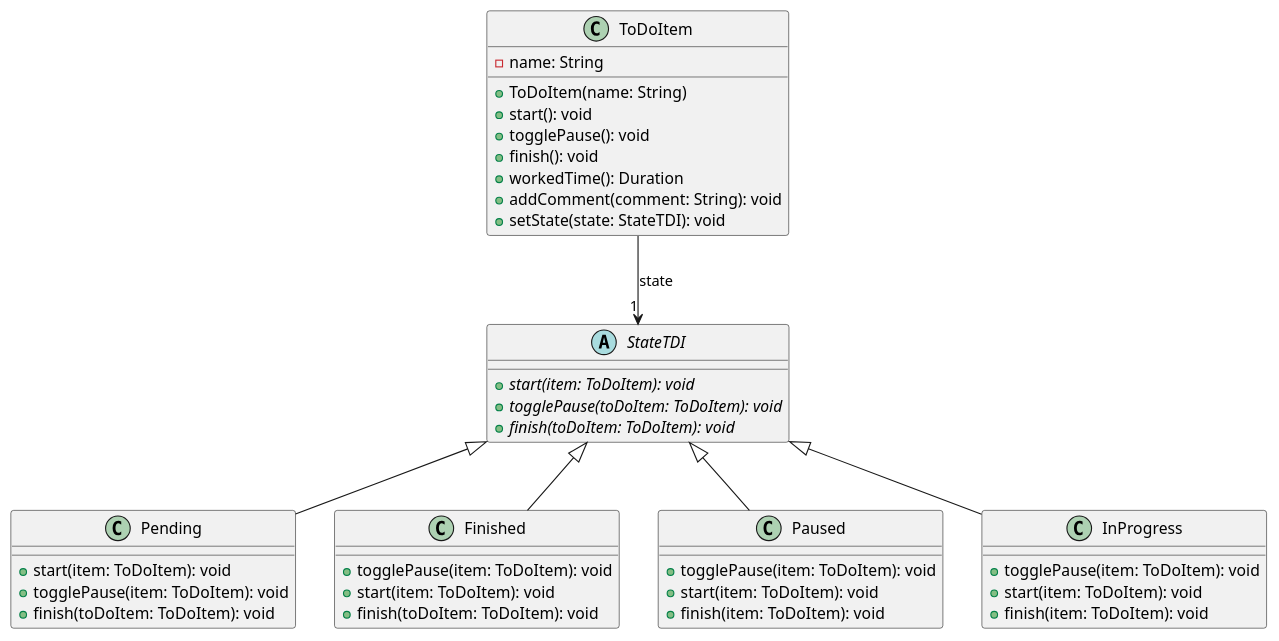
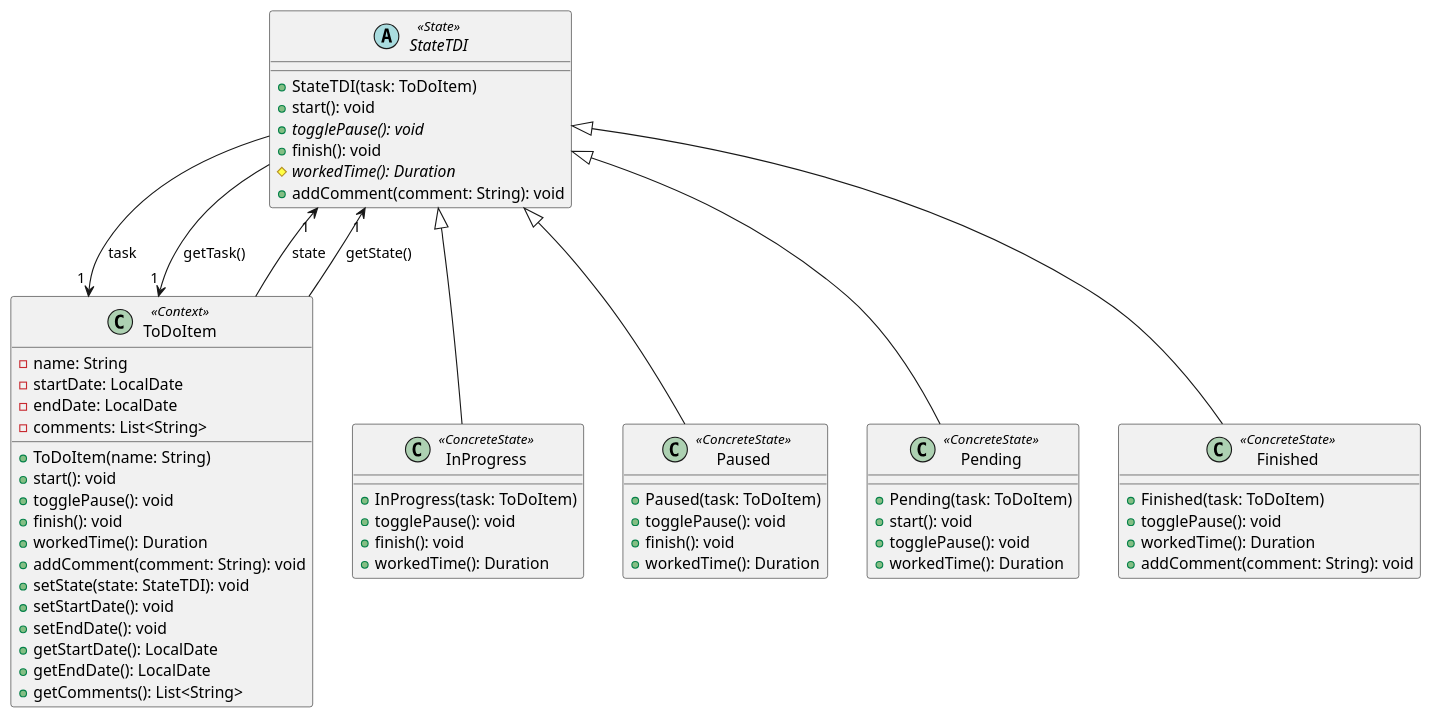
Before and after one commit to DiegoGarciaHerd/Orientacion-a-Objetos-2: the diagram in Patrones/ej4-ToDoItem/Ej4-UML.puml, drawn with PlantUML. The commit also changed 177 other files, not shown here.

```diff
--- a/Patrones/ej4-ToDoItem/Ej4-UML.puml
+++ b/Patrones/ej4-ToDoItem/Ej4-UML.puml
@@ -1,52 +1,76 @@
 @startuml
-class Pending [[java:ar.edu.unlp.info.oo1.ej4_ToDoItem.Pending]] {
-	+start(item: ToDoItem): void
-	+togglePause(item: ToDoItem): void
-	+finish(toDoItem: ToDoItem): void
+abstract class StateTDI [[java:ar.edu.unlp.info.oo1.ej4_ToDoItem.StateTDI]] {
+	+StateTDI(task: ToDoItem)
+	+start(): void
+	+{abstract} togglePause(): void
+	+finish(): void
+	#{abstract} workedTime(): Duration
+	+addComment(comment: String): void
+}
+class ToDoItem <<Context>> {
+}
+StateTDI --> "1" ToDoItem : task
+class ToDoItem {
+}
+StateTDI --> "1" ToDoItem : getTask()
+class InProgress <<ConcreteState>> [[java:ar.edu.unlp.info.oo1.ej4_ToDoItem.InProgress]] {
+	+InProgress(task: ToDoItem)
+	+togglePause(): void
+	+finish(): void
+	+workedTime(): Duration
+}
+abstract class StateTDI {
+}
+StateTDI <|-- InProgress
+class Paused <<ConcreteState>>[[java:ar.edu.unlp.info.oo1.ej4_ToDoItem.Paused]] {
+	+Paused(task: ToDoItem)
+	+togglePause(): void
+	+finish(): void
+	+workedTime(): Duration
+}
+class StateTDI <<State>> {
+}
+StateTDI <|-- Paused
+class Pending <<ConcreteState>>[[java:ar.edu.unlp.info.oo1.ej4_ToDoItem.Pending]] {
+	+Pending(task: ToDoItem)
+	+start(): void
+	+togglePause(): void
+	+workedTime(): Duration
 }
 abstract class StateTDI {
 }
 StateTDI <|-- Pending
-class Finished [[java:ar.edu.unlp.info.oo1.ej4_ToDoItem.Finished]] {
-	+togglePause(item: ToDoItem): void
-	+start(item: ToDoItem): void
-	+finish(toDoItem: ToDoItem): void
-}
-abstract class StateTDI {
-}
-StateTDI <|-- Finished
 class ToDoItem [[java:ar.edu.unlp.info.oo1.ej4_ToDoItem.ToDoItem]] {
 	-name: String
+	-startDate: LocalDate
+	-endDate: LocalDate
+	-comments: List<String>
 	+ToDoItem(name: String)
 	+start(): void
 	+togglePause(): void
 	+finish(): void
 	+workedTime(): Duration
 	+addComment(comment: String): void
 	+setState(state: StateTDI): void
+	+setStartDate(): void
+	+setEndDate(): void
+	+getStartDate(): LocalDate
+	+getEndDate(): LocalDate
+	+getComments(): List<String>
 }
 abstract class StateTDI {
 }
 ToDoItem --> "1" StateTDI : state
-abstract class StateTDI [[java:ar.edu.unlp.info.oo1.ej4_ToDoItem.StateTDI]] {
-	+{abstract} start(item: ToDoItem): void
-	+{abstract} togglePause(toDoItem: ToDoItem): void
-	+{abstract} finish(toDoItem: ToDoItem): void
+abstract class StateTDI {
 }
-class Paused [[java:ar.edu.unlp.info.oo1.ej4_ToDoItem.Paused]] {
-	+togglePause(item: ToDoItem): void
-	+start(item: ToDoItem): void
-	+finish(item: ToDoItem): void
+ToDoItem --> "1" StateTDI : getState()
+class Finished <<ConcreteState>> [[java:ar.edu.unlp.info.oo1.ej4_ToDoItem.Finished]] {
+	+Finished(task: ToDoItem)
+	+togglePause(): void
+	+workedTime(): Duration
+	+addComment(comment: String): void
 }
 abstract class StateTDI {
 }
-StateTDI <|-- Paused
-class InProgress [[java:ar.edu.unlp.info.oo1.ej4_ToDoItem.InProgress]] {
-	+togglePause(item: ToDoItem): void
-	+start(item: ToDoItem): void
-	+finish(item: ToDoItem): void
-}
-abstract class StateTDI {
-}
-StateTDI <|-- InProgress
+StateTDI <|-- Finished
 @enduml
```
